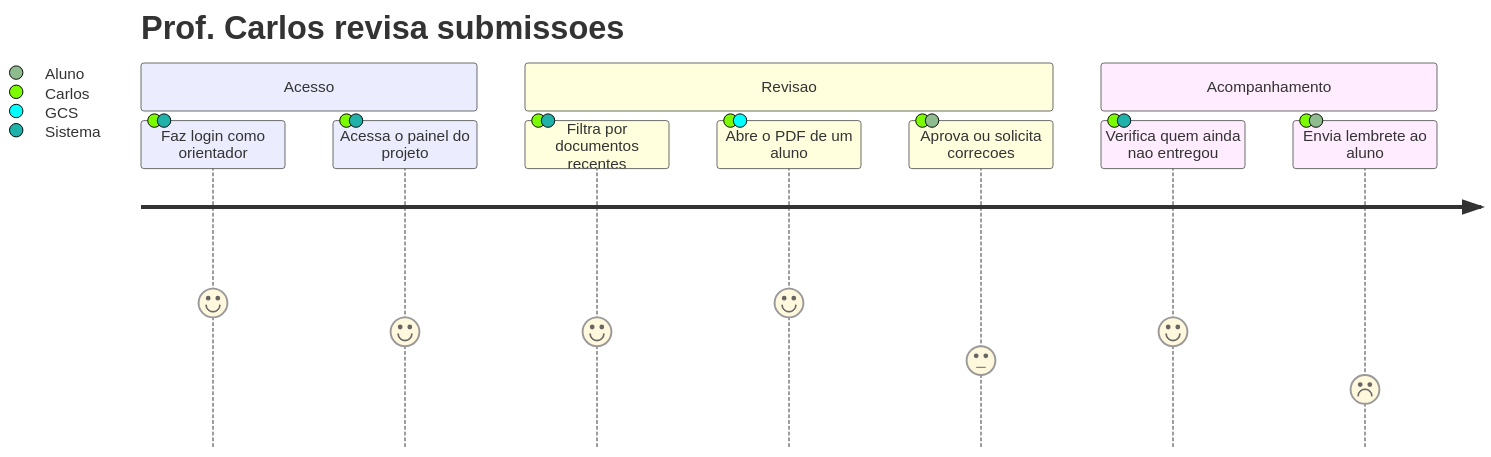
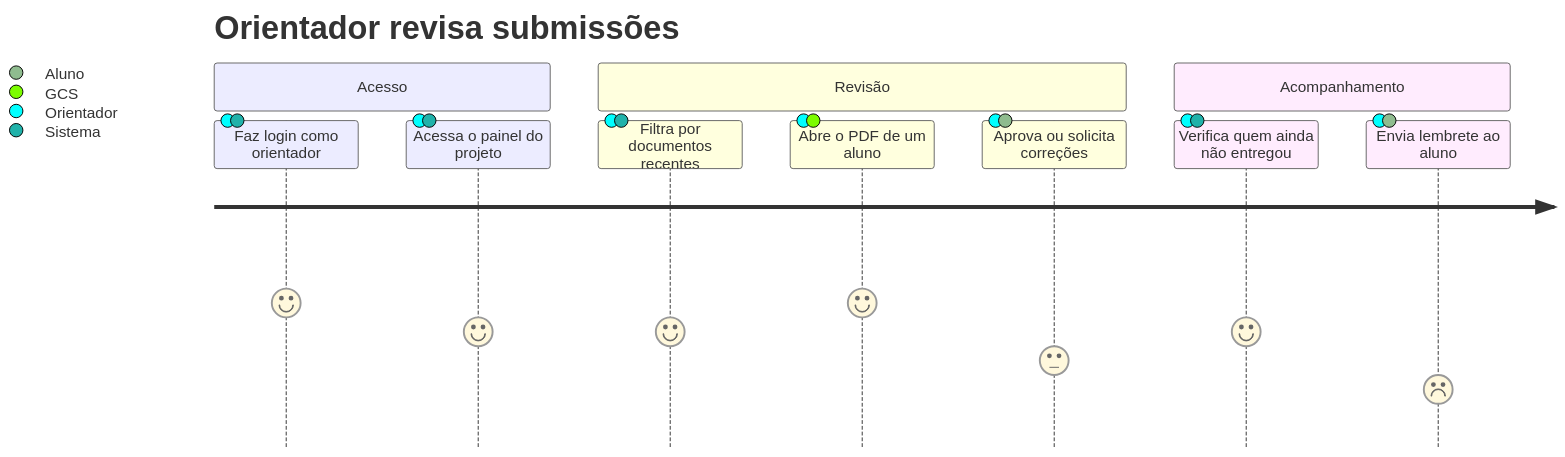
One commit to pedrohpsantos/EdTech changed the second of 3 diagrams in docs/produto/estrategia_e_descoberta/jornadas.md. Above: the diagram before and after it, drawn with Mermaid. The commit also changed other lines of this file and 9 other files, not shown here.

````diff
--- a/docs/produto/estrategia_e_descoberta/jornadas.md
+++ b/docs/produto/estrategia_e_descoberta/jornadas.md
@@ -56,14 +56,14 @@
 ```mermaid
 journey
-    title Prof. Carlos revisa submissoes
+    title Orientador revisa submissões
     section Acesso
-        Faz login como orientador: 5: Carlos, Sistema
-        Acessa o painel do projeto: 4: Carlos, Sistema
-    section Revisao
-        Filtra por documentos recentes: 4: Carlos, Sistema
-        Abre o PDF de um aluno: 5: Carlos, GCS
-        Aprova ou solicita correcoes: 3: Carlos, Aluno
+        Faz login como orientador: 5: Orientador, Sistema
+        Acessa o painel do projeto: 4: Orientador, Sistema
+    section Revisão
+        Filtra por documentos recentes: 4: Orientador, Sistema
+        Abre o PDF de um aluno: 5: Orientador, GCS
+        Aprova ou solicita correções: 3: Orientador, Aluno
     section Acompanhamento
-        Verifica quem ainda nao entregou: 4: Carlos, Sistema
-        Envia lembrete ao aluno: 2: Carlos, Aluno
+        Verifica quem ainda não entregou: 4: Orientador, Sistema
+        Envia lembrete ao aluno: 2: Orientador, Aluno
 ```
````
